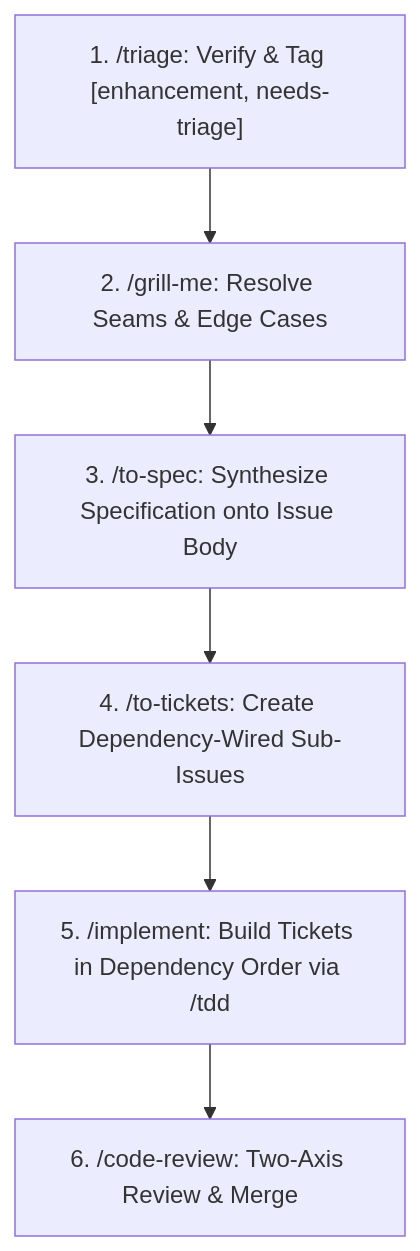
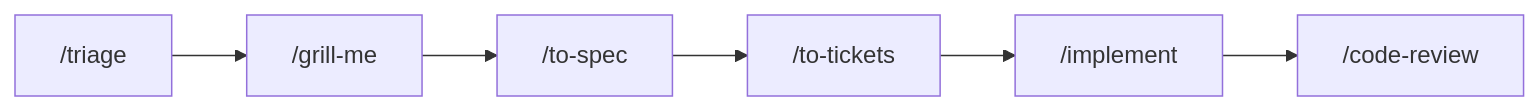
Before and after one commit to jackmaders/watchpoint: the third of 7 diagrams in docs/agents/workflows.md, drawn with Mermaid. The commit also changed other lines of this file, not shown here.

````diff
--- a/docs/agents/workflows.md
+++ b/docs/agents/workflows.md
@@ -76,8 +46,8 @@
 ```mermaid
-graph TD
-    A["1. /triage: Verify & Tag [enhancement, needs-triage]"] --> B["2. /grill-me: Resolve Seams & Edge Cases"]
-    B --> C["3. /to-spec: Synthesize Specification onto Issue Body"]
-    C --> D["4. /to-tickets: Create Dependency-Wired Sub-Issues"]
-    D --> E["5. /implement: Build Tickets in Dependency Order via /tdd"]
-    E --> F["6. /code-review: Two-Axis Review & Merge"]
+graph LR
+    A["/triage"] --> B["/grill-me"]
+    B --> C["/to-spec"]
+    C --> D["/to-tickets"]
+    D --> E["/implement"]
+    E --> F["/code-review"]
 ```
````
